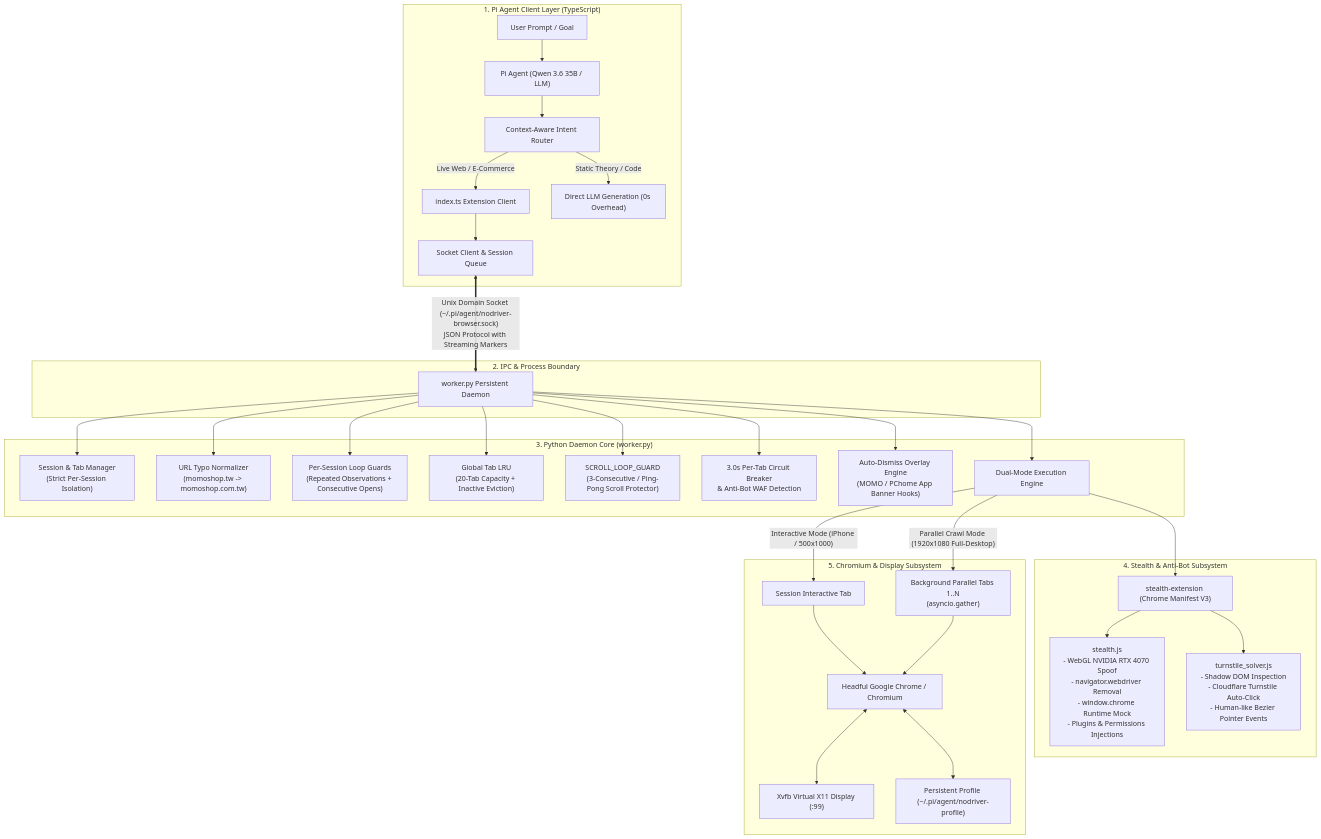
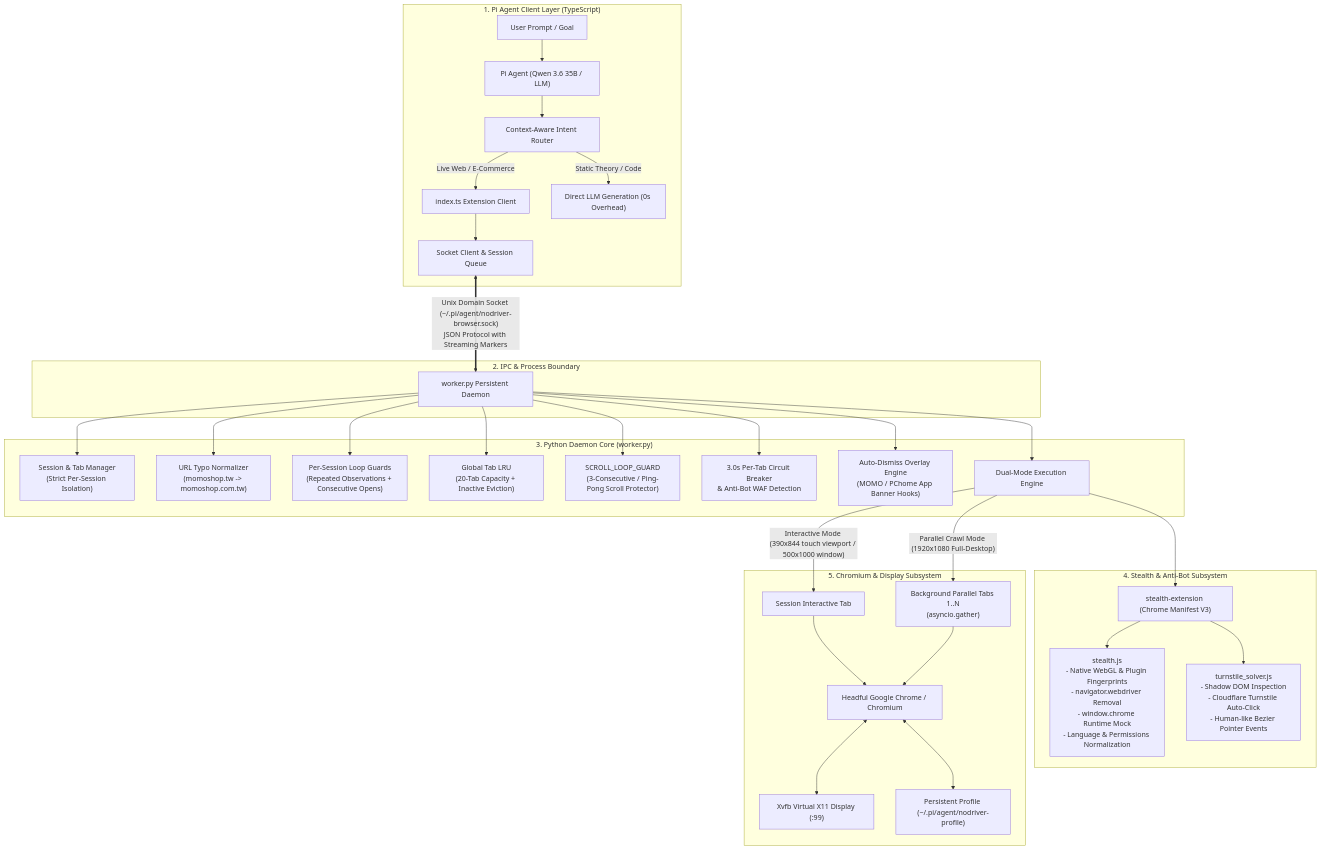
The first of 5 diagrams in README.md (AyaSakura-comp/pi-nodriver-browser), drawn with Mermaid before and after one commit. The commit also changed other lines of this file and 7 other files, not shown here.

````diff
--- a/README.md
+++ b/README.md
@@ -24,40 +24,40 @@
 ```mermaid
 flowchart TB
     subgraph ClientLayer["1. Pi Agent Client Layer (TypeScript)"]
         UI["User Prompt / Goal"] --> AGENT["Pi Agent (Qwen 3.6 35B / LLM)"]
         AGENT --> ROUTER["Context-Aware Intent Router"]
         ROUTER -->|"Live Web / E-Commerce"| EXT["index.ts Extension Client"]
         ROUTER -->|"Static Theory / Code"| DIRECT["Direct LLM Generation (0s Overhead)"]
         EXT --> IPC_CLIENT["Socket Client & Session Queue"]
     end
 
     subgraph IPCLayer["2. IPC & Process Boundary"]
         IPC_CLIENT <==>|"Unix Domain Socket (~/.pi/agent/nodriver-browser.sock)\nJSON Protocol with Streaming Markers"| DAEMON["worker.py Persistent Daemon"]
     end
 
     subgraph DaemonLayer["3. Python Daemon Core (worker.py)"]
         DAEMON --> SESSIONS["Session & Tab Manager\n(Strict Per-Session Isolation)"]
         DAEMON --> URL_NORM["URL Typo Normalizer\n(momoshop.tw -> momoshop.com.tw)"]
         DAEMON --> GUARD["Per-Session Loop Guards\n(Repeated Observations + Consecutive Opens)"]
         DAEMON --> TAB_LRU["Global Tab LRU\n(20-Tab Capacity + Inactive Eviction)"]
         DAEMON --> SCROLL_GUARD["SCROLL_LOOP_GUARD\n(3-Consecutive / Ping-Pong Scroll Protector)"]
         DAEMON --> BREAKER["3.0s Per-Tab Circuit Breaker\n& Anti-Bot WAF Detection"]
         DAEMON --> AUTO_DISMISS["Auto-Dismiss Overlay Engine\n(MOMO / PChome App Banner Hooks)"]
         DAEMON --> ENGINE["Dual-Mode Execution Engine"]
     end
 
     subgraph StealthLayer["4. Stealth & Anti-Bot Subsystem"]
         ENGINE --> STEALTH_EXT["stealth-extension (Chrome Manifest V3)"]
-        STEALTH_EXT --> S_STEALTH["stealth.js\n- WebGL NVIDIA RTX 4070 Spoof\n- navigator.webdriver Removal\n- window.chrome Runtime Mock\n- Plugins & Permissions Injections"]
+        STEALTH_EXT --> S_STEALTH["stealth.js\n- Native WebGL & Plugin Fingerprints\n- navigator.webdriver Removal\n- window.chrome Runtime Mock\n- Language & Permissions Normalization"]
         STEALTH_EXT --> S_SOLVER["turnstile_solver.js\n- Shadow DOM Inspection\n- Cloudflare Turnstile Auto-Click\n- Human-like Bezier Pointer Events"]
     end
 
     subgraph BrowserLayer["5. Chromium & Display Subsystem"]
-        ENGINE -->|"Interactive Mode (iPhone / 500x1000)"| TAB_ACTIVE["Session Interactive Tab"]
+        ENGINE -->|"Interactive Mode (390x844 touch viewport / 500x1000 window)"| TAB_ACTIVE["Session Interactive Tab"]
         ENGINE -->|"Parallel Crawl Mode (1920x1080 Full-Desktop)"| TABS_POOL["Background Parallel Tabs 1..N\n(asyncio.gather)"]
         TAB_ACTIVE --> CHROME["Headful Google Chrome / Chromium"]
         TABS_POOL --> CHROME
         CHROME <--> XVFB["Xvfb Virtual X11 Display (:99)"]
         CHROME <--> PROFILE["Persistent Profile (~/.pi/agent/nodriver-profile)"]
     end
 ```
````
